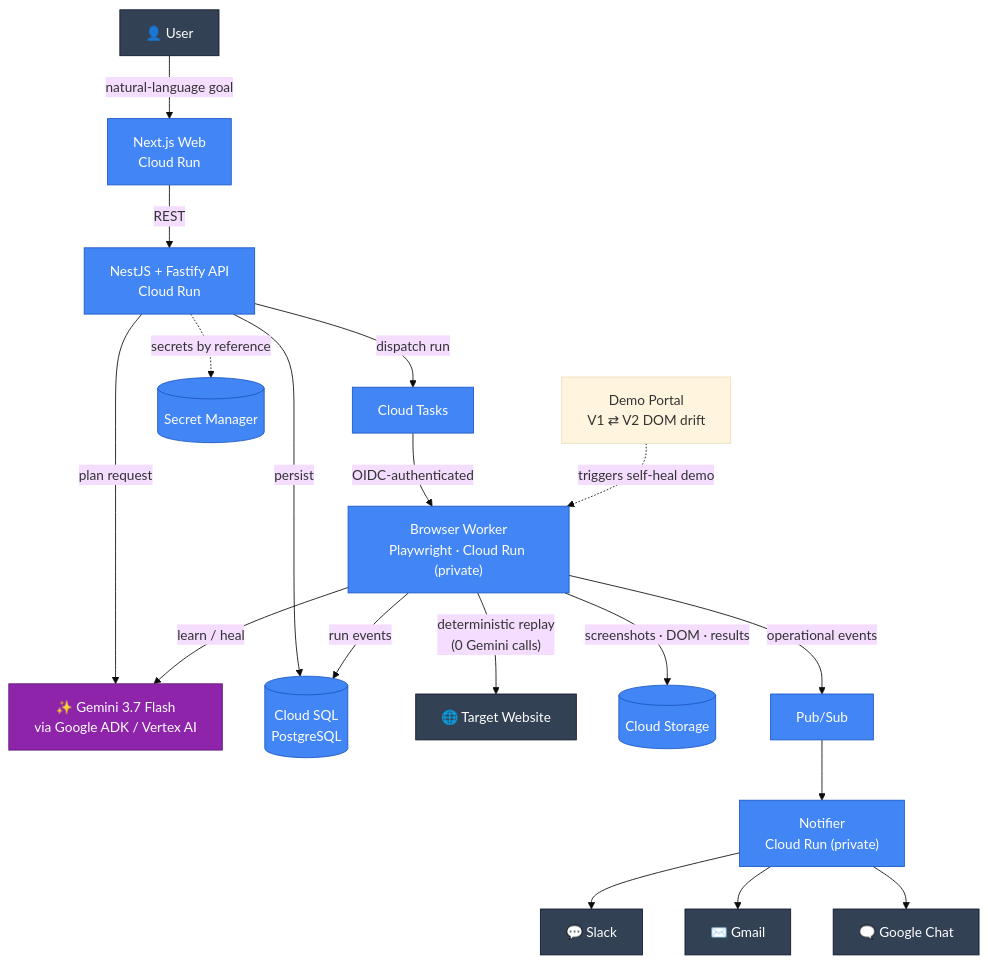
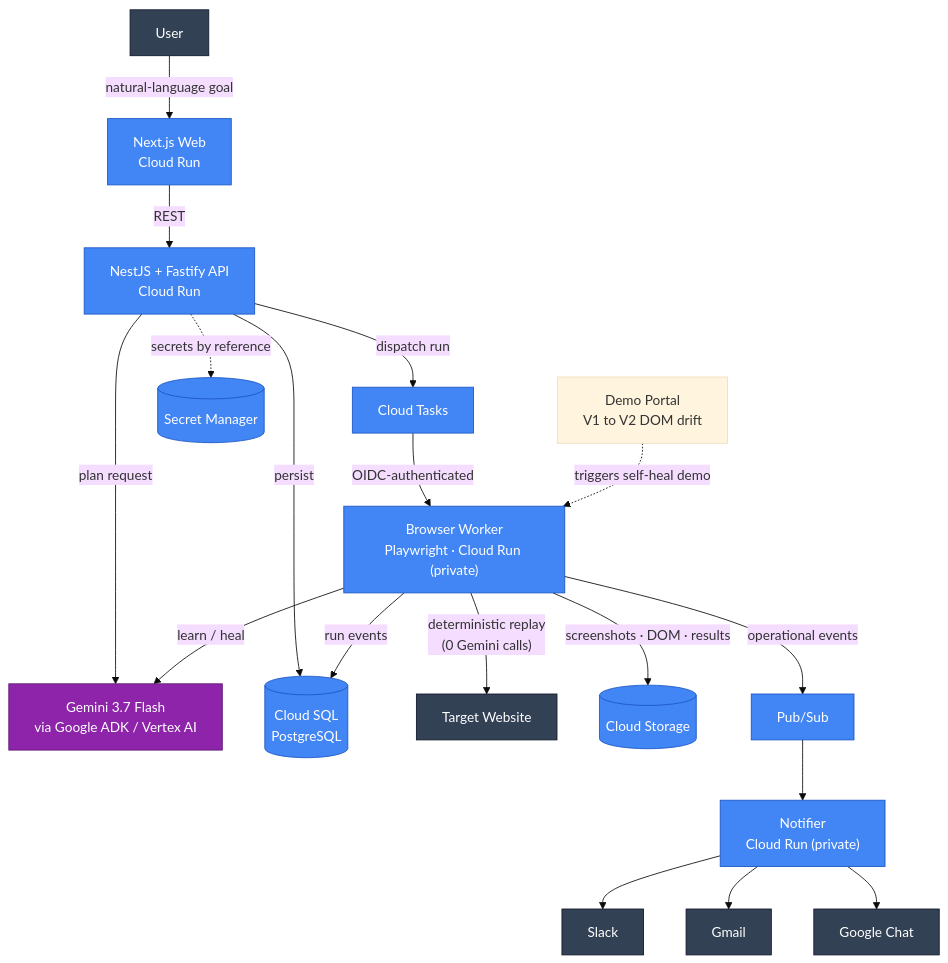
Before and after one commit to nik-6348/webpilot-ai-all-things-agentic: the first of 3 diagrams in README.md, drawn with Mermaid (base theme). The commit also changed other lines of this file, not shown here.

Commit message:
docs: enterprise tone (remove decorative emoji), add a real problem/solution/outcome example from an actual self-healing run

````diff
--- a/README.md
+++ b/README.md
@@ -40,32 +57,32 @@
 ```mermaid
 flowchart TD
-    U["👤 User"] -->|"natural-language goal"| WEB["Next.js Web<br/>Cloud Run"]
+    U["User"] -->|"natural-language goal"| WEB["Next.js Web<br/>Cloud Run"]
     WEB -->|"REST"| API["NestJS + Fastify API<br/>Cloud Run"]
 
-    API -->|"plan request"| GEMINI["✨ Gemini 3.7 Flash<br/>via Google ADK / Vertex AI"]
+    API -->|"plan request"| GEMINI["Gemini 3.7 Flash<br/>via Google ADK / Vertex AI"]
     API -->|"persist"| SQL[("Cloud SQL<br/>PostgreSQL")]
     API -->|"dispatch run"| TASKS["Cloud Tasks"]
     API -.->|"secrets by reference"| SECRETS[("Secret Manager")]
 
     TASKS -->|"OIDC-authenticated"| WORKER["Browser Worker<br/>Playwright · Cloud Run (private)"]
 
     WORKER -->|"learn / heal"| GEMINI
-    WORKER -->|"deterministic replay<br/>(0 Gemini calls)"| SITE["🌐 Target Website"]
+    WORKER -->|"deterministic replay<br/>(0 Gemini calls)"| SITE["Target Website"]
     WORKER -->|"screenshots · DOM · results"| GCS[("Cloud Storage")]
     WORKER -->|"run events"| SQL
     WORKER -->|"operational events"| PUBSUB["Pub/Sub"]
 
     PUBSUB --> NOTIFIER["Notifier<br/>Cloud Run (private)"]
-    NOTIFIER --> SLACK["💬 Slack"]
-    NOTIFIER --> GMAIL["✉️ Gmail"]
-    NOTIFIER --> CHAT["🗨️ Google Chat"]
+    NOTIFIER --> SLACK["Slack"]
+    NOTIFIER --> GMAIL["Gmail"]
+    NOTIFIER --> CHAT["Google Chat"]
 
-    DEMO["Demo Portal<br/>V1 ⇄ V2 DOM drift"] -.->|"triggers self-heal demo"| WORKER
+    DEMO["Demo Portal<br/>V1 to V2 DOM drift"] -.->|"triggers self-heal demo"| WORKER
 
     classDef gcp fill:#4285F4,stroke:#1a56c4,color:#fff
     classDef ai fill:#8E24AA,stroke:#5e1877,color:#fff
     classDef ext fill:#334155,stroke:#0f172a,color:#fff
     class WEB,API,WORKER,NOTIFIER,SQL,TASKS,SECRETS,GCS,PUBSUB gcp
     class GEMINI ai
     class SITE,SLACK,GMAIL,CHAT,U ext
 ```
````
